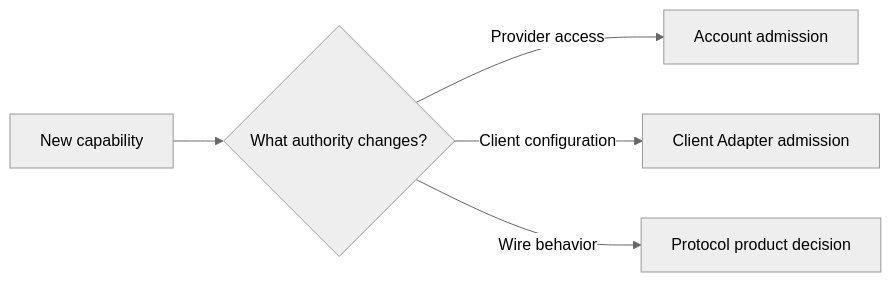
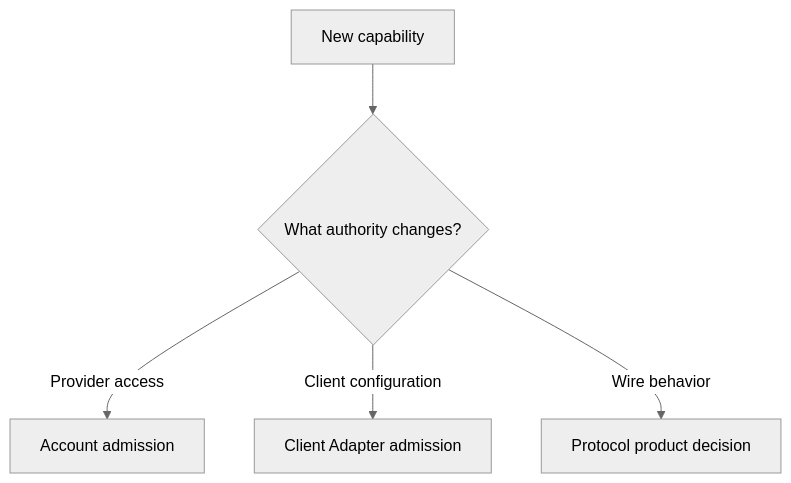
One commit to HengYangDS/aigw-cli changed the third of 3 diagrams in docs/architecture/authority-and-projection-boundary.md. Above: the diagram before and after it, drawn with Mermaid (neutral theme). The commit also changed other lines of this file and 526 other files, not shown here.

````diff
--- a/docs/architecture/authority-and-projection-boundary.md
+++ b/docs/architecture/authority-and-projection-boundary.md
@@ -122,7 +464,9 @@
 ```mermaid
-flowchart LR
+flowchart TB
+    accTitle: Choose an extension by the authority it changes
+    accDescr: Provider access belongs to Account admission, client configuration to Adapter admission, and wire behavior to an independent protocol product.
     N["New capability"] --> Q{"What authority changes?"}
     Q -->|Provider access| A["Account admission"]
     Q -->|Client configuration| C["Client Adapter admission"]
     Q -->|Wire behavior| P["Protocol product decision"]
 ```
````
